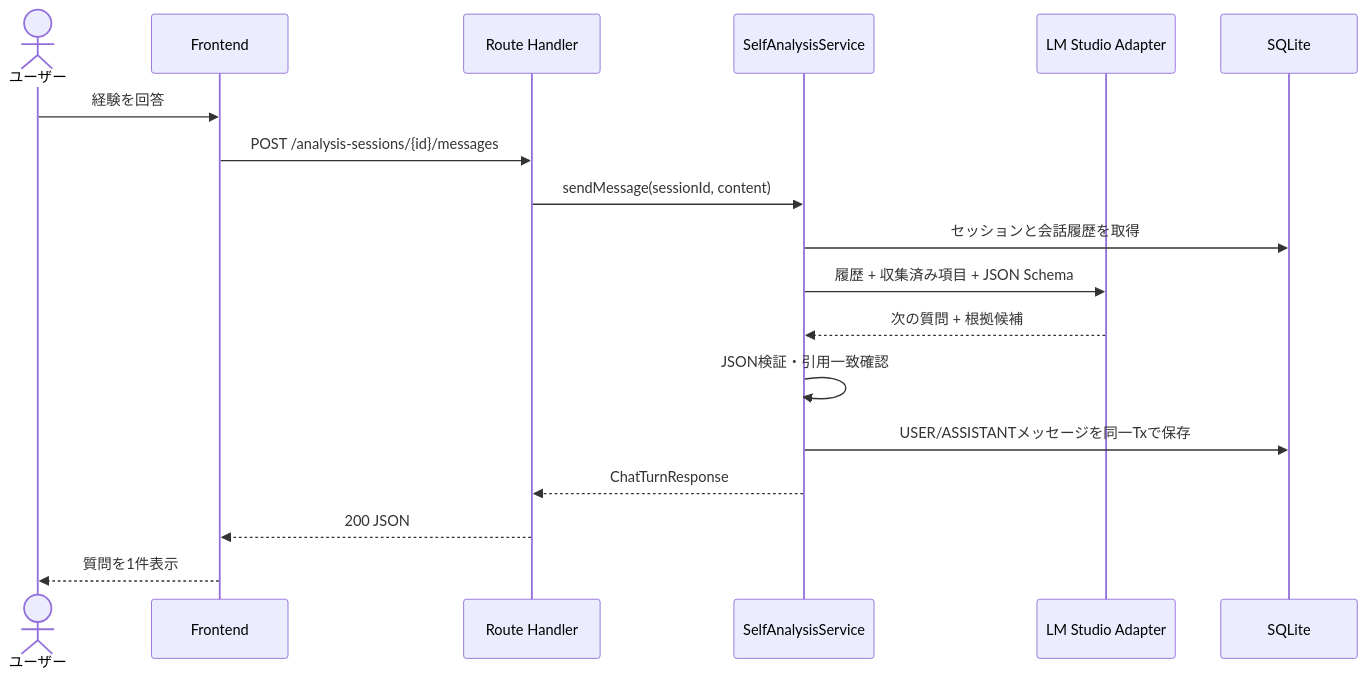
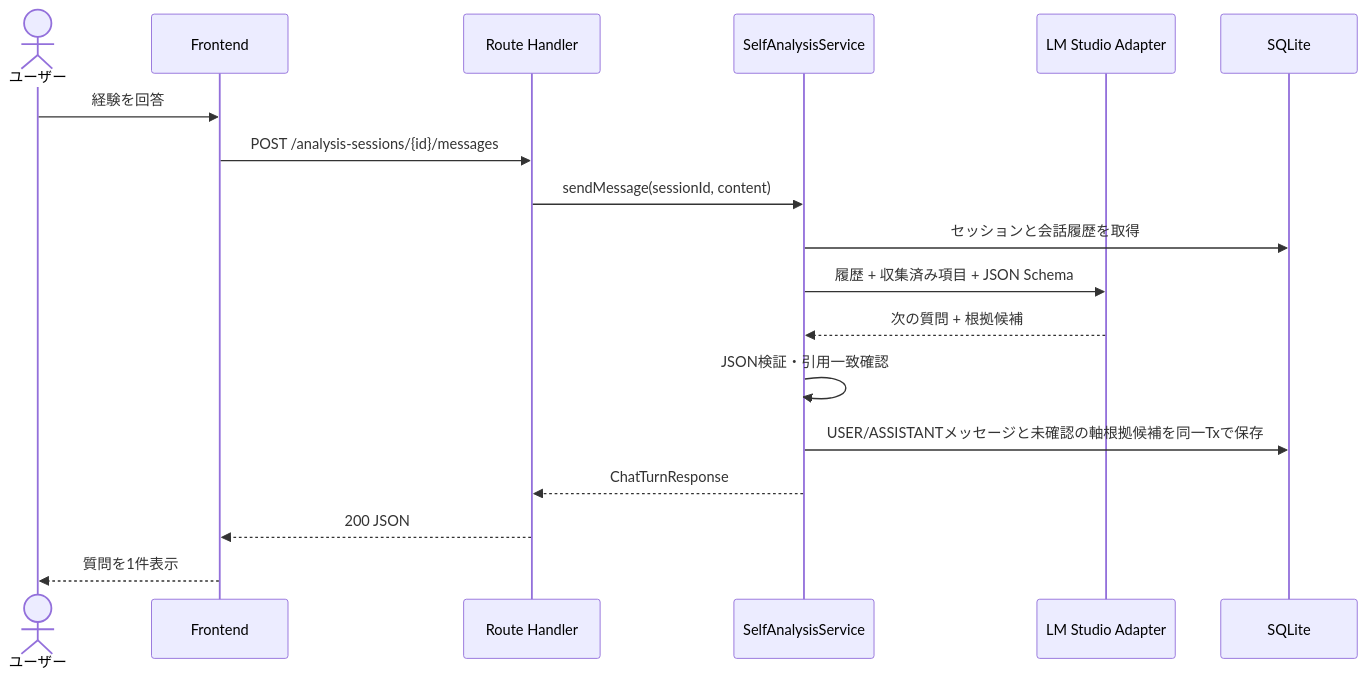
The second of 5 diagrams in docs/architecture.md (HACK-STAGE-STAGE2-teamG-YOZORA/Polaris), drawn with Mermaid before and after one commit. The commit also changed other lines of this file and 22 other files, not shown here.

Commit message:
要件定義と設計Schema

````diff
--- a/docs/architecture.md
+++ b/docs/architecture.md
@@ -78,21 +91,21 @@
 ```mermaid
 sequenceDiagram
     actor User as ユーザー
     participant UI as Frontend
     participant API as Route Handler
     participant App as SelfAnalysisService
     participant AI as LM Studio Adapter
     participant DB as SQLite
 
     User->>UI: 経験を回答
     UI->>API: POST /analysis-sessions/{id}/messages
     API->>App: sendMessage(sessionId, content)
     App->>DB: セッションと会話履歴を取得
     App->>AI: 履歴 + 収集済み項目 + JSON Schema
     AI-->>App: 次の質問 + 根拠候補
     App->>App: JSON検証・引用一致確認
-    App->>DB: USER/ASSISTANTメッセージを同一Txで保存
+    App->>DB: USER/ASSISTANTメッセージと未確認の軸根拠候補を同一Txで保存
     App-->>API: ChatTurnResponse
     API-->>UI: 200 JSON
     UI-->>User: 質問を1件表示
 ```
````
